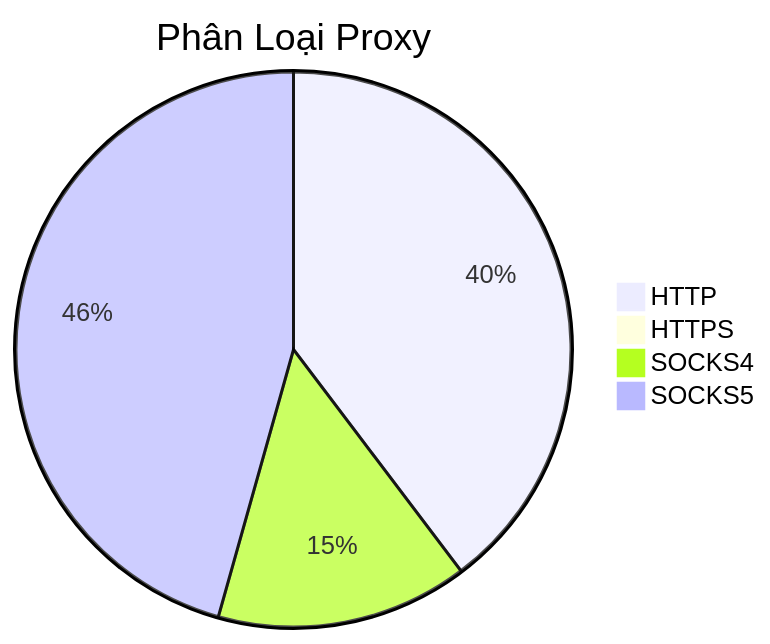
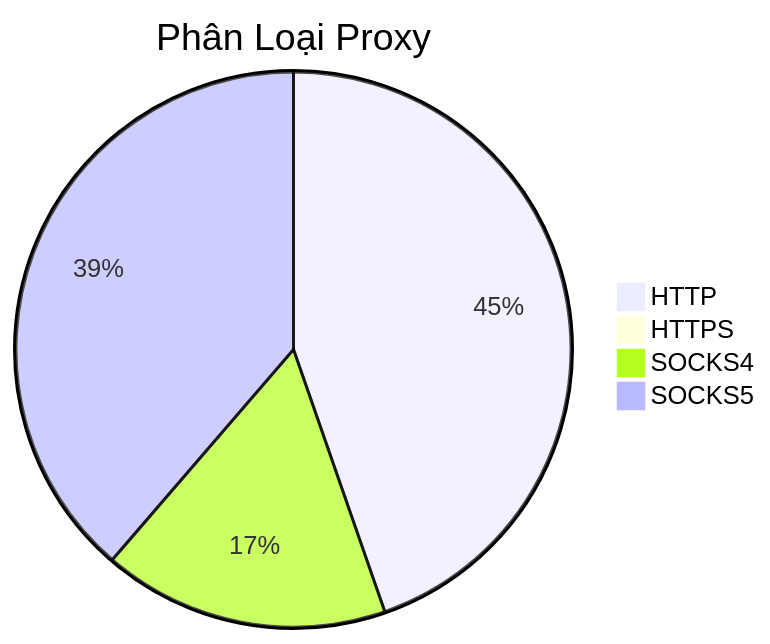
Before and after one commit to Ciara-12/PROXY-free: the diagram in README.md, drawn with Mermaid. The commit also changed other lines of this file and 3 other files, not shown here.

````diff
--- a/README.md
+++ b/README.md
@@ -26,7 +26,7 @@
 ```mermaid
 pie title Phân Loại Proxy
-    "HTTP" : 1182
+    "HTTP" : 1223
     "HTTPS" : 0
-    "SOCKS4" : 437
-    "SOCKS5" : 1359
+    "SOCKS4" : 456
+    "SOCKS5" : 1059
 ```
````
